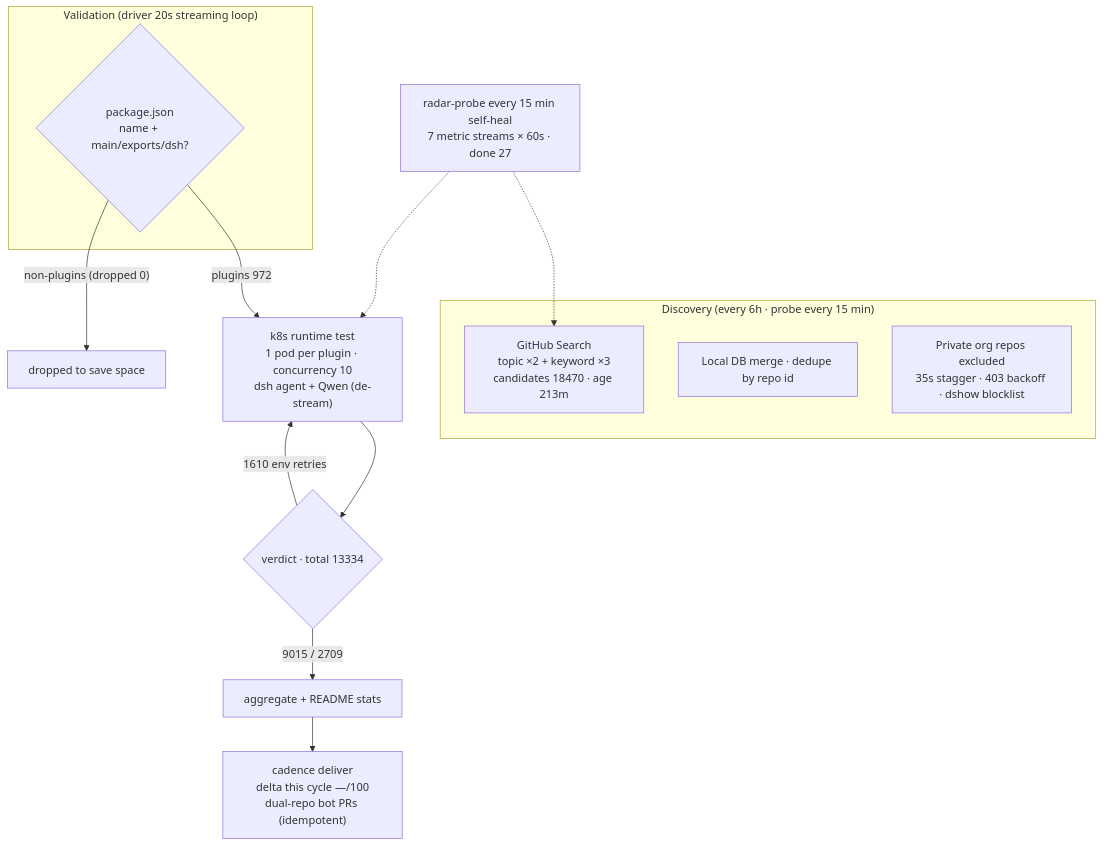
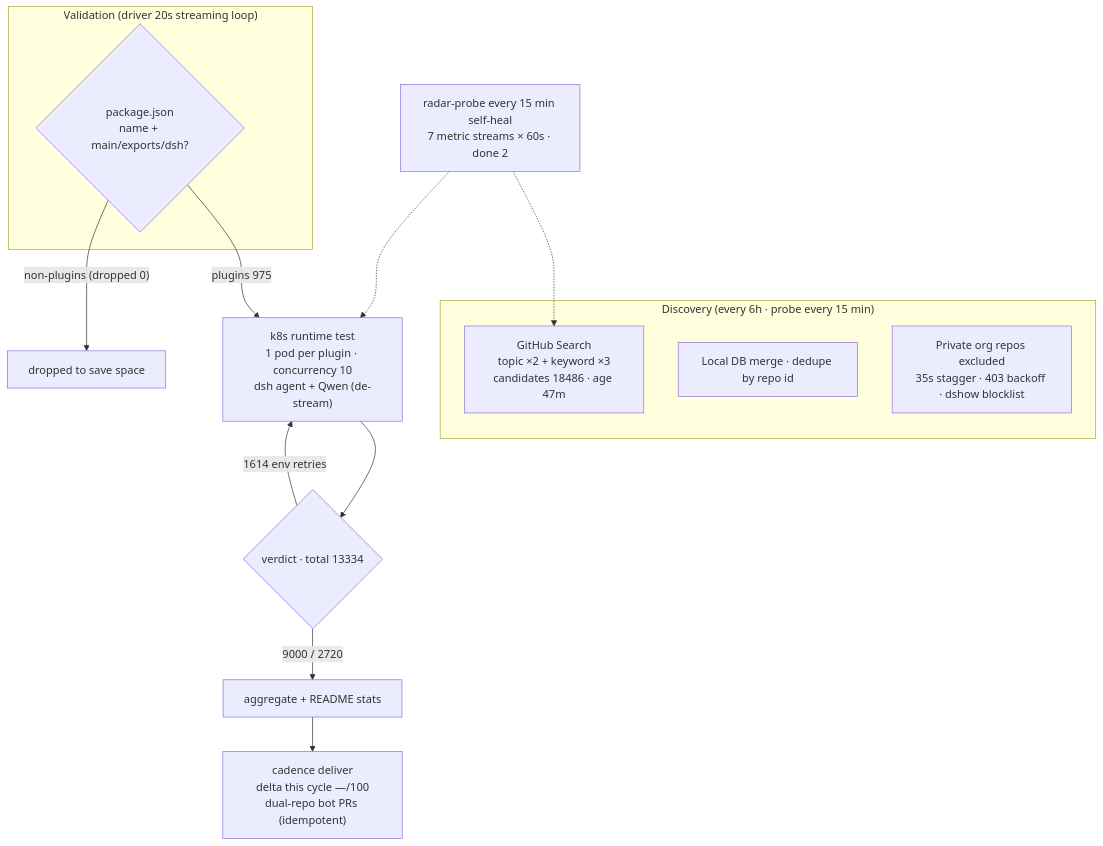
Before and after one commit to AdamPlatin123/dsh-plugin-radar: the diagram in README.en-US.md, drawn with Mermaid. The commit also changed other lines of this file and 14 other files, not shown here.

````diff
--- a/README.en-US.md
+++ b/README.en-US.md
@@ -45,20 +45,20 @@
 ```mermaid
 flowchart TB
     subgraph Discovery["Discovery (every 6h · probe every 15 min)"]
-        A1["GitHub Search<br/>topic ×2 + keyword ×3<br/>candidates 18470 · age 213m"]
+        A1["GitHub Search<br/>topic ×2 + keyword ×3<br/>candidates 18486 · age 47m"]
         A2["Local DB merge · dedupe by repo id"]
         A3["Private org repos excluded<br/>35s stagger · 403 backoff · dshow blocklist"]
     end
     subgraph Validation["Validation (driver 20s streaming loop)"]
         B1{"package.json<br/>name + main/exports/dsh?"}
     end
-    B1 -->|"plugins 972"| C1["k8s runtime test<br/>1 pod per plugin · concurrency 10<br/>dsh agent + Qwen (de-stream)"]
+    B1 -->|"plugins 975"| C1["k8s runtime test<br/>1 pod per plugin · concurrency 10<br/>dsh agent + Qwen (de-stream)"]
     B1 -->|"non-plugins (dropped 0)"| B3["dropped to save space"]
     C1 --> D1{"verdict · total 13334"}
-    D1 -->|"9015 / 2709"| E1["aggregate + README stats"]
-    D1 -->|"1610 env retries"| C1
+    D1 -->|"9000 / 2720"| E1["aggregate + README stats"]
+    D1 -->|"1614 env retries"| C1
     E1 --> E2["cadence deliver<br/>delta this cycle —/100<br/>dual-repo bot PRs (idempotent)"]
-    M["radar-probe every 15 min self-heal<br/>7 metric streams × 60s · done 27"]
+    M["radar-probe every 15 min self-heal<br/>7 metric streams × 60s · done 2"]
     M -.-> A1
     M -.-> C1
 ```
````
